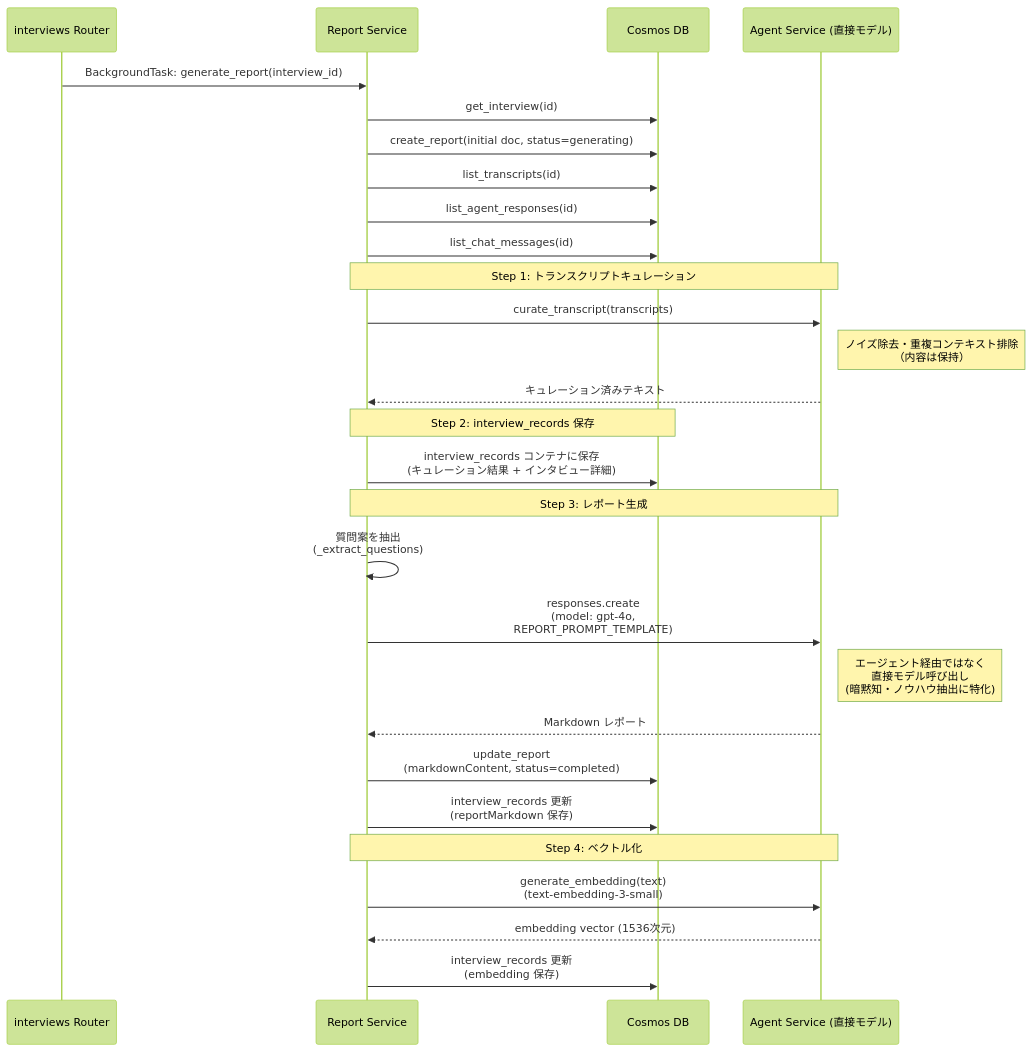
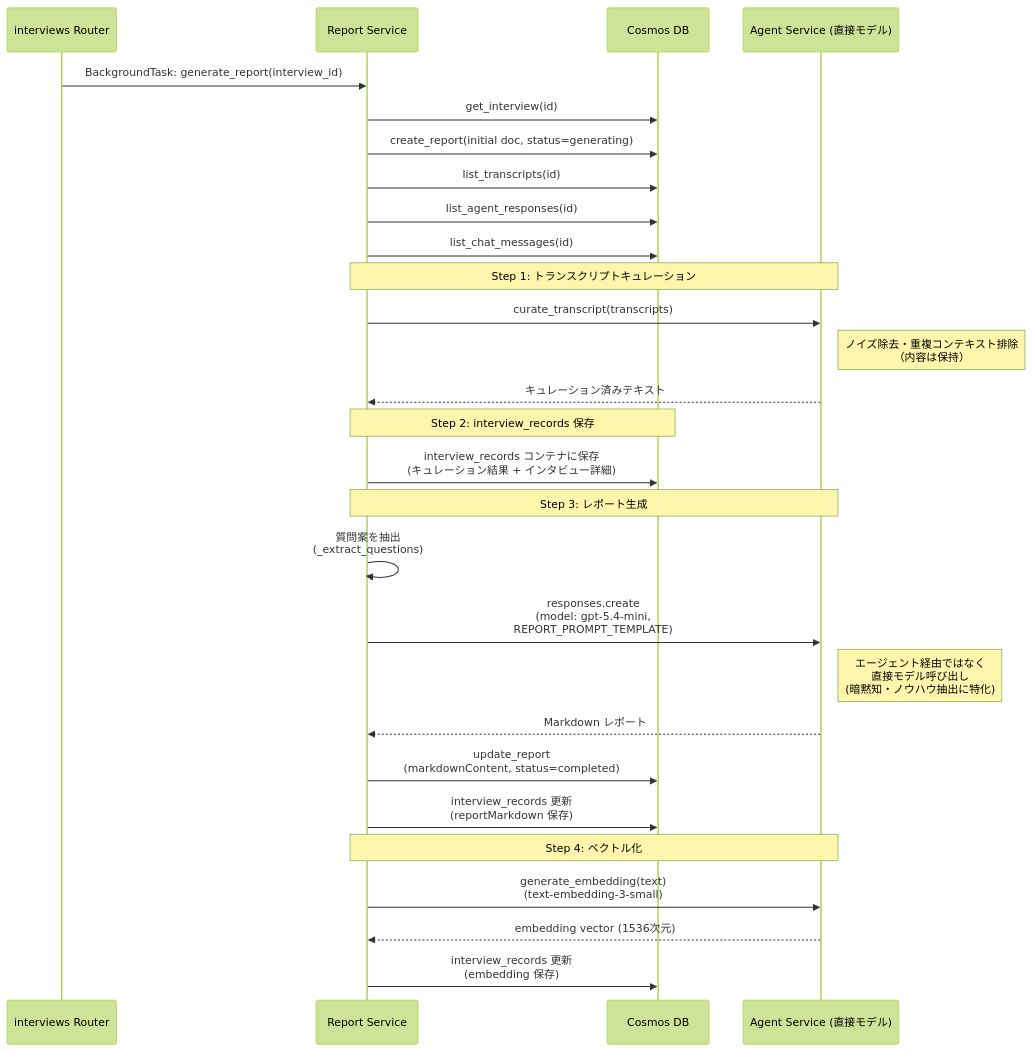
Diagram 12 of 22 in spec/architecture.md (hatasaki/Interview-Assistant-AI), drawn with Mermaid (forest theme) before and after one commit. The commit also changed other lines of this file and 8 other files, not shown here.

First line of the commit message:
Update models and configurations to use gpt-5.4-mini; enhance agent service with Web Search tool integration

````diff
--- a/spec/architecture.md
+++ b/spec/architecture.md
@@ -595,36 +595,36 @@
 ```mermaid
 sequenceDiagram
     participant API as interviews Router
     participant RPT as Report Service
     participant DB as Cosmos DB
     participant AGT as Agent Service (直接モデル)
 
     API->>RPT: BackgroundTask: generate_report(interview_id)
     RPT->>DB: get_interview(id)
     RPT->>DB: create_report(initial doc, status=generating)
     RPT->>DB: list_transcripts(id)
     RPT->>DB: list_agent_responses(id)
     RPT->>DB: list_chat_messages(id)
 
     Note over RPT,AGT: Step 1: トランスクリプトキュレーション
     RPT->>AGT: curate_transcript(transcripts)
     Note right of AGT: ノイズ除去・重複コンテキスト排除<br/>（内容は保持）
     AGT-->>RPT: キュレーション済みテキスト
 
     Note over RPT,DB: Step 2: interview_records 保存
     RPT->>DB: interview_records コンテナに保存<br/>(キュレーション結果 + インタビュー詳細)
 
     Note over RPT,AGT: Step 3: レポート生成
     RPT->>RPT: 質問案を抽出<br/>(_extract_questions)
-    RPT->>AGT: responses.create<br/>(model: gpt-4o,<br/>REPORT_PROMPT_TEMPLATE)
+    RPT->>AGT: responses.create<br/>(model: gpt-5.4-mini,<br/>REPORT_PROMPT_TEMPLATE)
     Note right of AGT: エージェント経由ではなく<br/>直接モデル呼び出し<br/>(暗黙知・ノウハウ抽出に特化)
     AGT-->>RPT: Markdown レポート
 
     RPT->>DB: update_report<br/>(markdownContent, status=completed)
     RPT->>DB: interview_records 更新<br/>(reportMarkdown 保存)
 
     Note over RPT,AGT: Step 4: ベクトル化
     RPT->>AGT: generate_embedding(text)<br/>(text-embedding-3-small)
     AGT-->>RPT: embedding vector (1536次元)
     RPT->>DB: interview_records 更新<br/>(embedding 保存)
 ```
````
